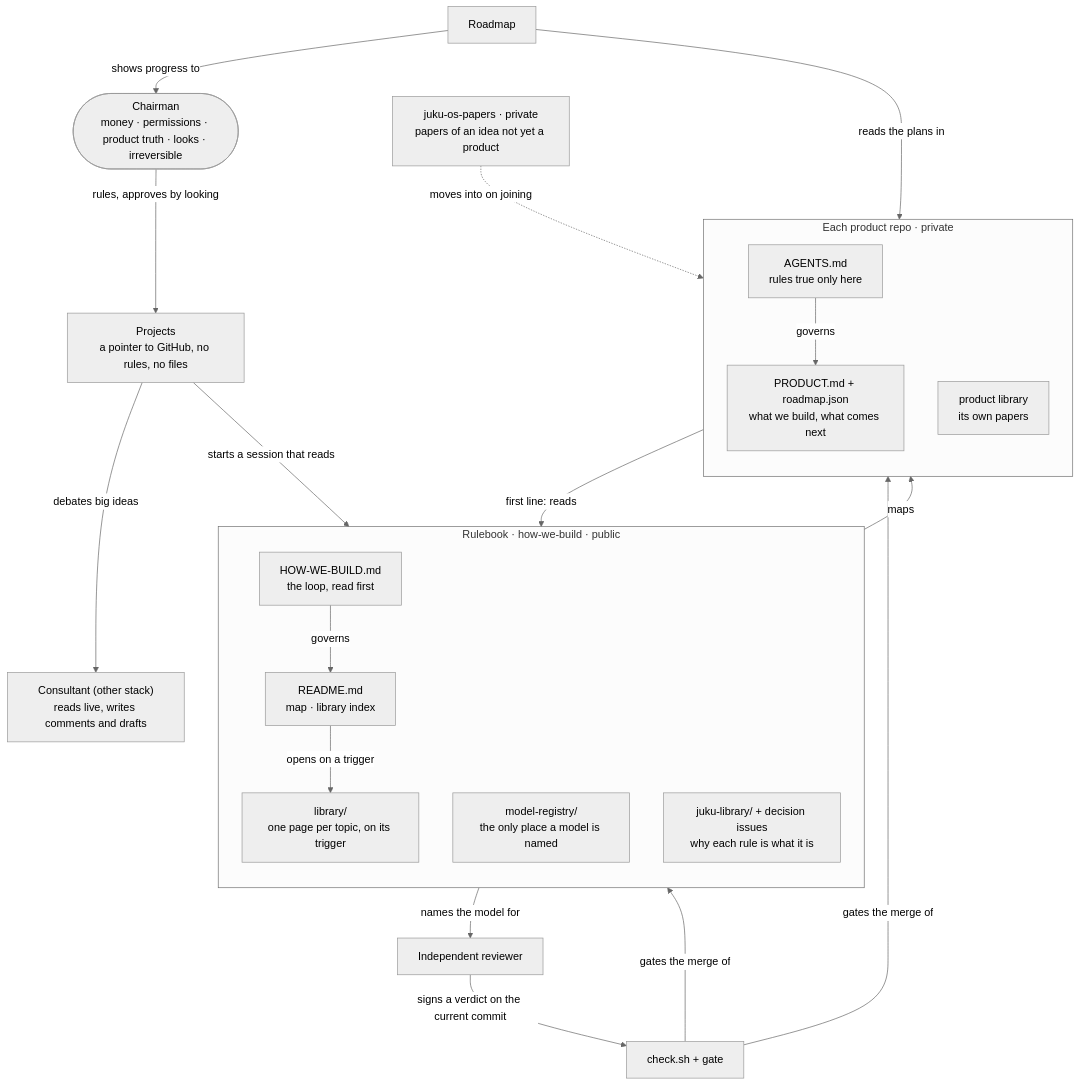
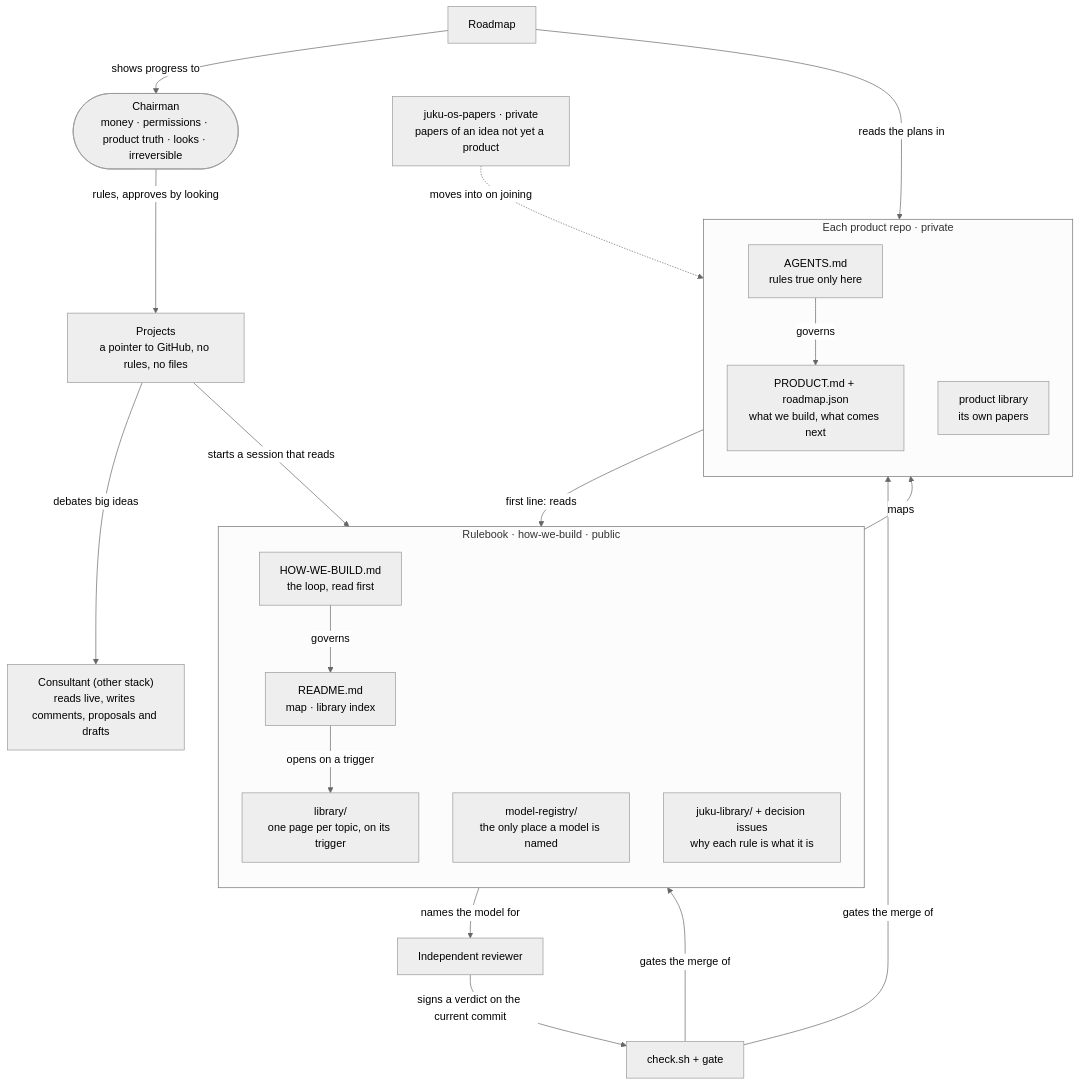
The diagram in library/system-map.md (Adonis80/how-we-build), drawn with Mermaid (neutral theme) before and after one commit. The commit also changed 5 other files, not shown here.

````diff
--- a/library/system-map.md
+++ b/library/system-map.md
@@ -7,39 +7,39 @@
 ```mermaid
 flowchart TB
   CH(["Chairman<br/>money · permissions · product truth · looks · irreversible"])
   PJ["Projects<br/>a pointer to GitHub, no rules, no files"]
-  CO["Consultant (other stack)<br/>reads live, writes comments and drafts"]
+  CO["Consultant (other stack)<br/>reads live, writes comments, proposals and drafts"]
   subgraph RB["Rulebook · how-we-build · public"]
     direction TB
     HWB["HOW-WE-BUILD.md<br/>the loop, read first"]
     RD["README.md<br/>map · library index"]
     LIB["library/<br/>one page per topic, on its trigger"]
     REG["model-registry/<br/>the only place a model is named"]
     JL["juku-library/ + decision issues<br/>why each rule is what it is"]
   end
   subgraph PR["Each product repo · private"]
     direction TB
     AG["AGENTS.md<br/>rules true only here"]
     PD["PRODUCT.md + roadmap.json<br/>what we build, what comes next"]
     PL["product library<br/>its own papers"]
   end
   PP["juku-os-papers · private<br/>papers of an idea not yet a product"]
   RV["Independent reviewer"]
   GT["check.sh + gate"]
   BD["Roadmap"]
   CH -- "rules, approves by looking" --> PJ
   PJ -- "debates big ideas" --> CO
   PJ -- "starts a session that reads" --> HWB
   HWB -- "governs" --> RD
   RD -- "opens on a trigger" --> LIB
   RD -- "maps" --> AG
   AG -- "first line: reads" --> HWB
   AG -- "governs" --> PD
   REG -- "names the model for" --> RV
   RV -- "signs a verdict on the current commit" --> GT
   GT -- "gates the merge of" --> PD
   GT -- "gates the merge of" --> RB
   BD -- "reads the plans in" --> PD
   BD -- "shows progress to" --> CH
   PP -. "moves into on joining" .-> PL
 ```
````
